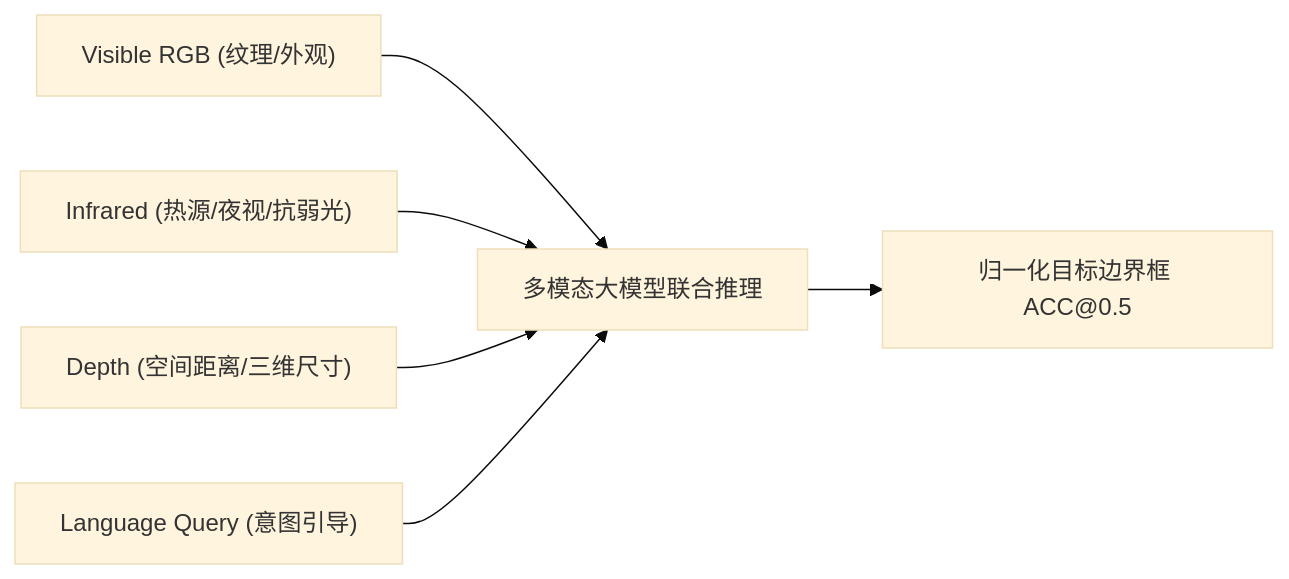
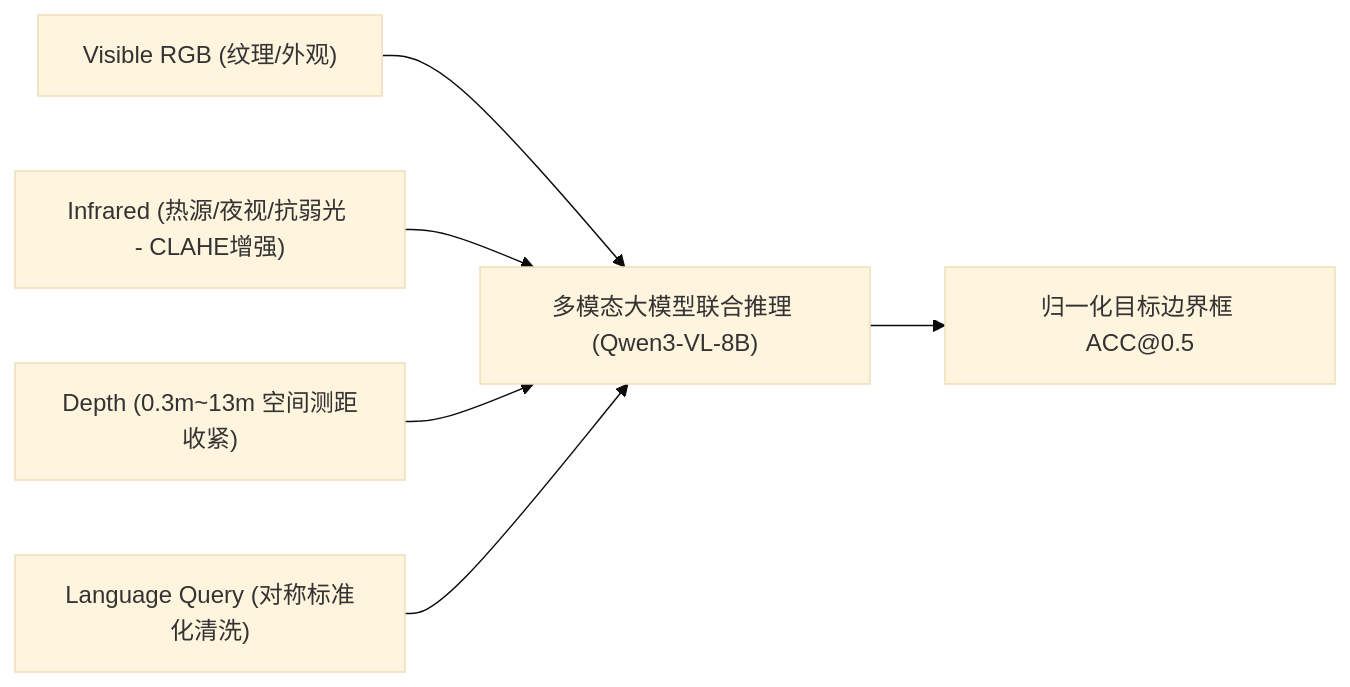
The diagram in docs/research/research_summary.md (FanGou-code/aicomp-multimodal-grounding), drawn with Mermaid (base theme) before and after one commit. The commit also changed other lines of this file and 5 other files, not shown here.

````diff
--- a/docs/research/research_summary.md
+++ b/docs/research/research_summary.md
@@ -10,8 +10,8 @@
 ```mermaid
 flowchart LR
-    RGB["Visible RGB (纹理/外观)"] --> Fus["多模态大模型联合推理"]
-    IR["Infrared (热源/夜视/抗弱光)"] --> Fus
-    Depth["Depth (空间距离/三维尺寸)"] --> Fus
-    Query["Language Query (意图引导)"] --> Fus
+    RGB["Visible RGB (纹理/外观)"] --> Fus["多模态大模型联合推理 (Qwen3-VL-8B)"]
+    IR["Infrared (热源/夜视/抗弱光 - CLAHE增强)"] --> Fus
+    Depth["Depth (0.3m~13m 空间测距收紧)"] --> Fus
+    Query["Language Query (对称标准化清洗)"] --> Fus
     Fus --> BBox["归一化目标边界框 ACC@0.5"]
 ```
````
